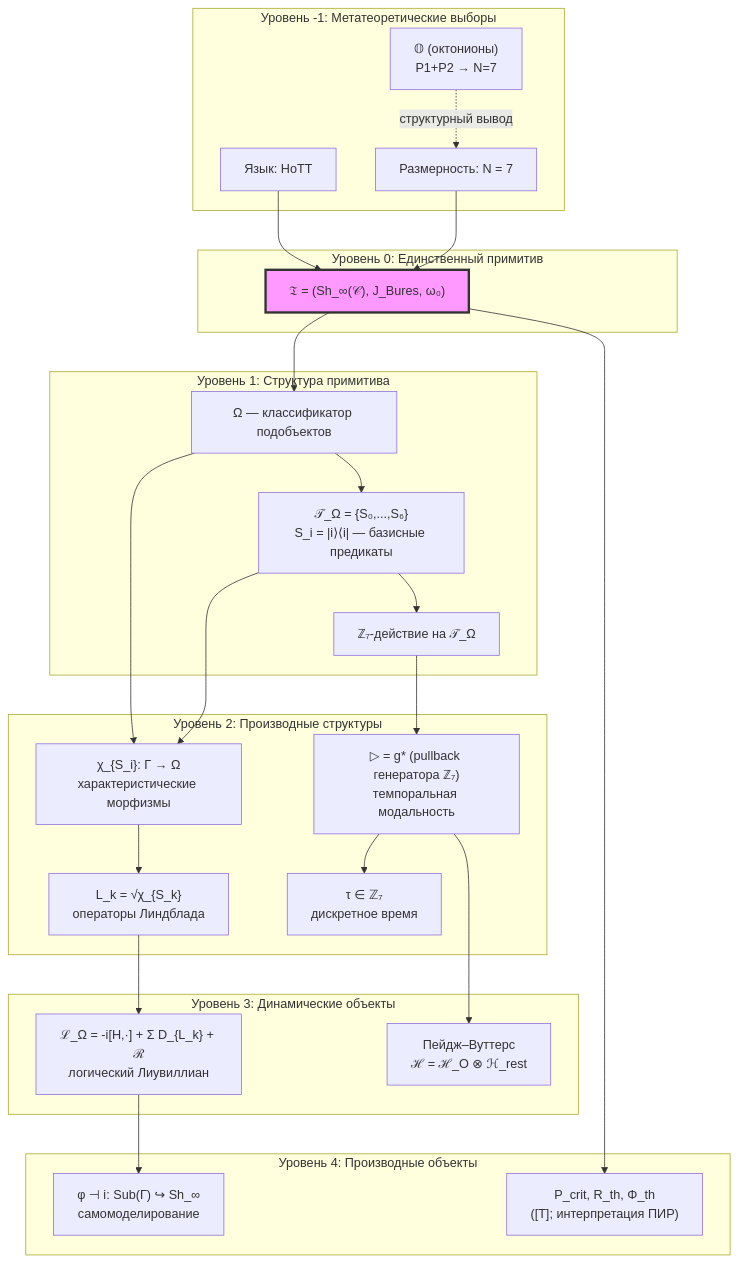
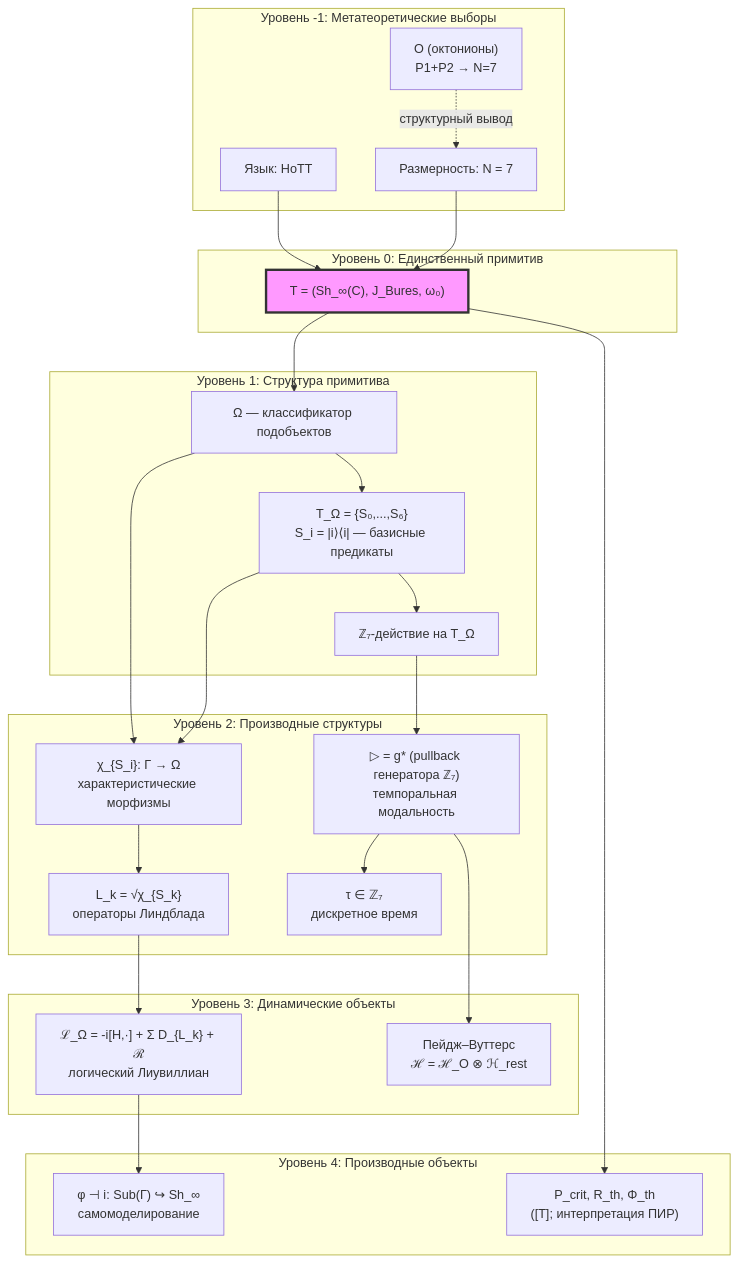
Before and after one commit to uhm-theory/holon: the first of 2 diagrams in website/i18n/ru/docusaurus-plugin-content-docs/current/core/foundations/axiom-omega.md, drawn with Mermaid. The commit also changed other lines of this file and 80 other files, not shown here.

````diff
--- a/website/i18n/ru/docusaurus-plugin-content-docs/current/core/foundations/axiom-omega.md
+++ b/website/i18n/ru/docusaurus-plugin-content-docs/current/core/foundations/axiom-omega.md
@@ -959,53 +959,53 @@
 ```mermaid
 graph TD
     subgraph "Уровень -1: Метатеоретические выборы"
         Lang["Язык: HoTT"]
         Dim["Размерность: N = 7"]
-        Oct["𝕆 (октонионы)<br/>P1+P2 → N=7"]
+        Oct["O (октонионы)<br/>P1+P2 → N=7"]
     end
 
     subgraph "Уровень 0: Единственный примитив"
-        Primitive["𝔗 = (Sh_∞(𝒞), J_Bures, ω₀)"]
+        Primitive["T = (Sh_∞(C), J_Bures, ω₀)"]
     end
 
     subgraph "Уровень 1: Структура примитива"
         Omega["Ω — классификатор подобъектов"]
-        Atoms["𝒯_Ω = {S₀,...,S₆}<br/>S_i = |i⟩⟨i| — базисные предикаты"]
-        Z7["ℤ₇-действие на 𝒯_Ω"]
+        Atoms["T_Ω = {S₀,...,S₆}<br/>S_i = |i⟩⟨i| — базисные предикаты"]
+        Z7["ℤ₇-действие на T_Ω"]
     end
 
     subgraph "Уровень 2: Производные структуры"
         Chi["χ_{S_i}: Γ → Ω<br/>характеристические морфизмы"]
         Lk["L_k = √χ_{S_k}<br/>операторы Линдблада"]
         Modal["▷ = g* (pullback генератора ℤ₇)<br/>темпоральная модальность"]
         Tau["τ ∈ ℤ₇<br/>дискретное время"]
     end
 
     subgraph "Уровень 3: Динамические объекты"
         LOmega["ℒ_Ω = -i[H,·] + Σ D_{L_k} + ℛ<br/>логический Лиувиллиан"]
         PW["Пейдж–Вуттерс<br/>ℋ = ℋ_O ⊗ ℋ_rest"]
     end
 
     subgraph "Уровень 4: Производные объекты"
         Phi["φ ⊣ i: Sub(Γ) ↪ Sh_∞<br/>самомоделирование"]
         Thresholds["P_crit, R_th, Φ_th<br/>([Т]; интерпретация ПИР)"]
     end
 
     Lang --> Primitive
     Dim --> Primitive
     Oct -.->|"структурный вывод"| Dim
     Primitive --> Omega
     Omega --> Atoms
     Atoms --> Z7
     Omega --> Chi
     Atoms --> Chi
     Z7 --> Modal
     Chi --> Lk
     Modal --> Tau
     Lk --> LOmega
     Modal --> PW
     LOmega --> Phi
     Primitive --> Thresholds
 
     style Primitive fill:#f9f,stroke:#333,stroke-width:3px
 ```
````
